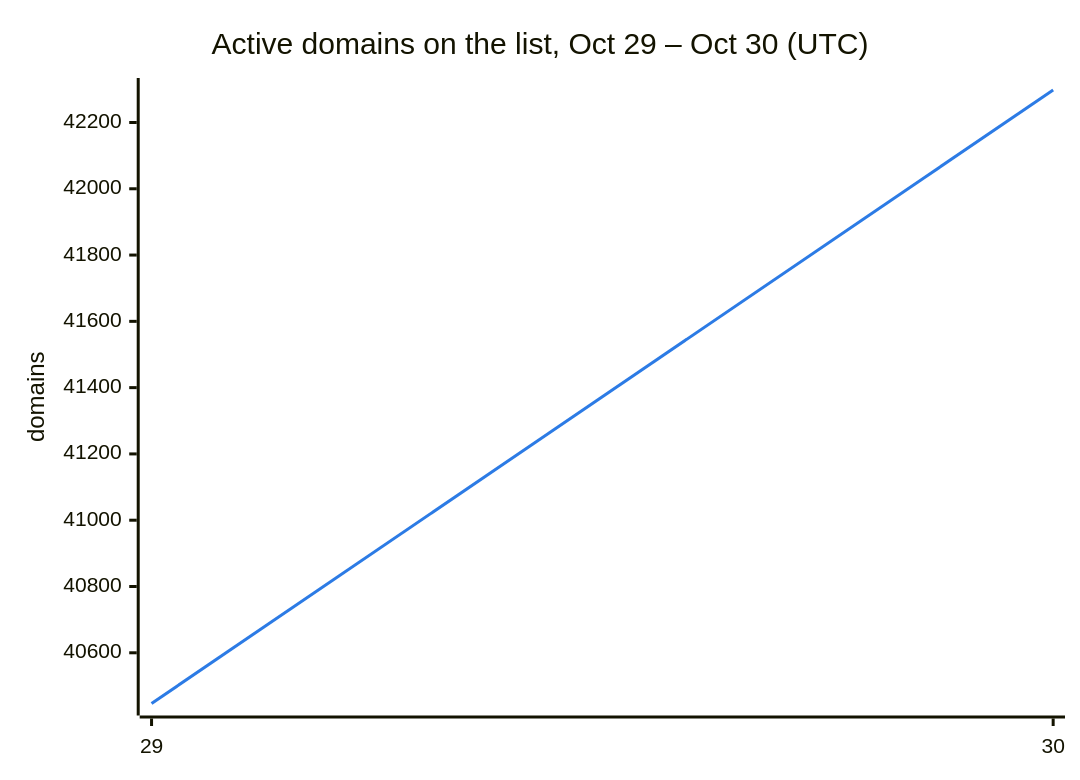
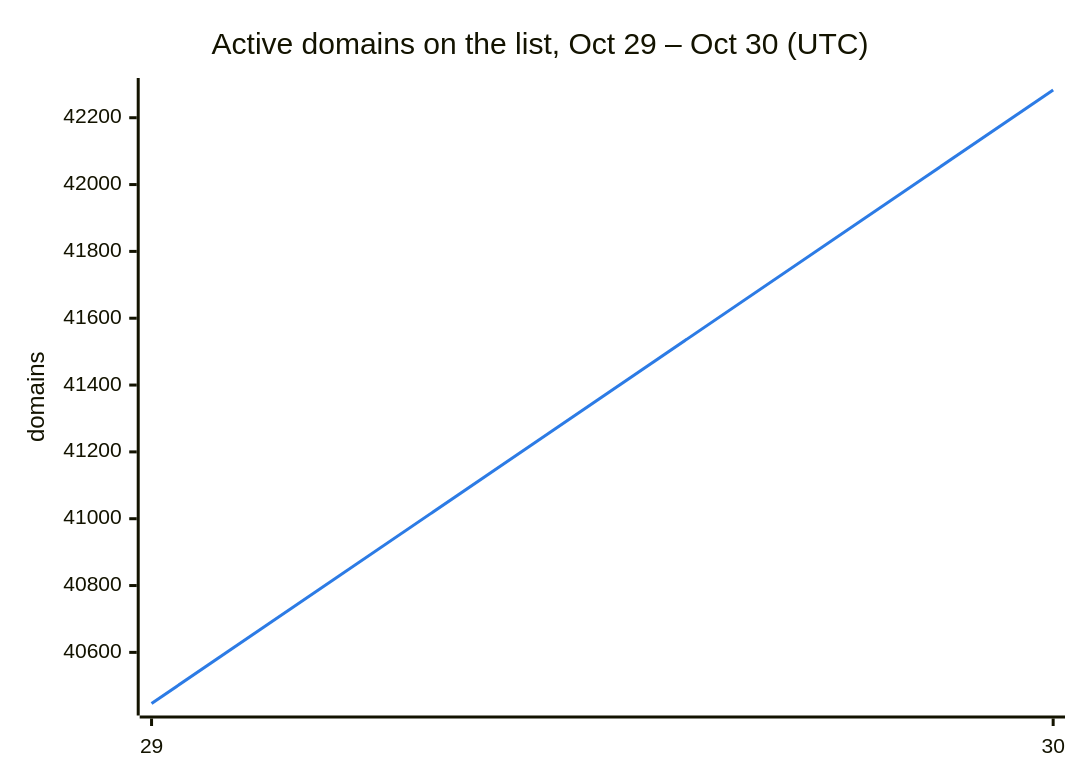
The second of 3 diagrams in README.md (DNSBunker/CTI), drawn with Mermaid before and after one commit. The commit also changed other lines of this file and 3 other files, not shown here.

````diff
--- a/README.md
+++ b/README.md
@@ -38,8 +38,8 @@
 ```mermaid
 %%{init: {"themeVariables": {"xyChart": {"plotColorPalette": "#2c7be5"}}}}%%
 xychart-beta
     title "Active domains on the list, Oct 29 – Oct 30 (UTC)"
     x-axis ["29", "30"]
     y-axis "domains"
-    line [40447, 42298]
+    line [40447, 42283]
 ```
````
